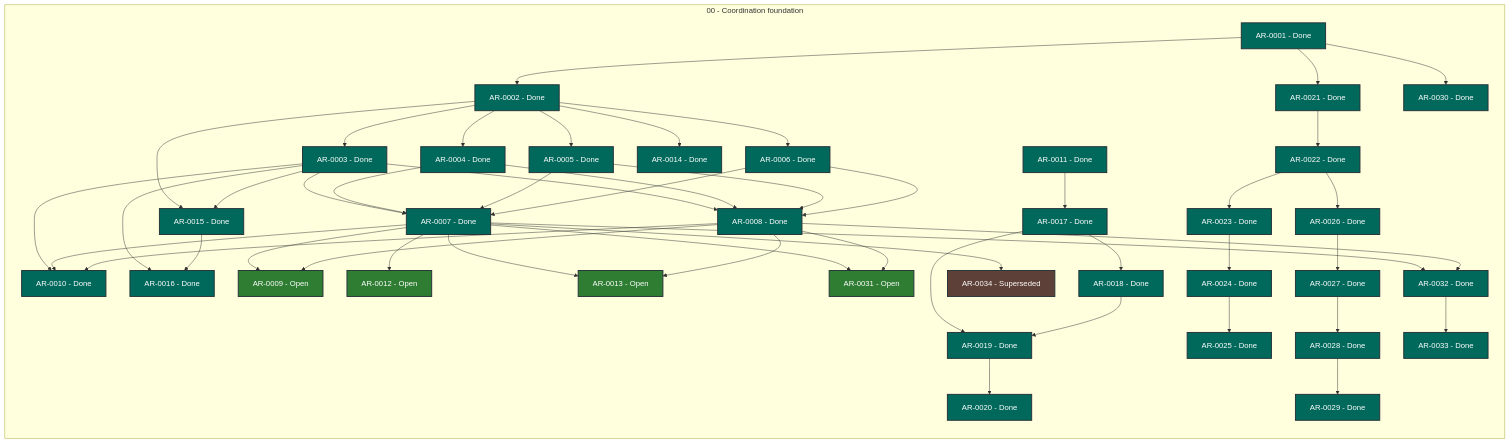
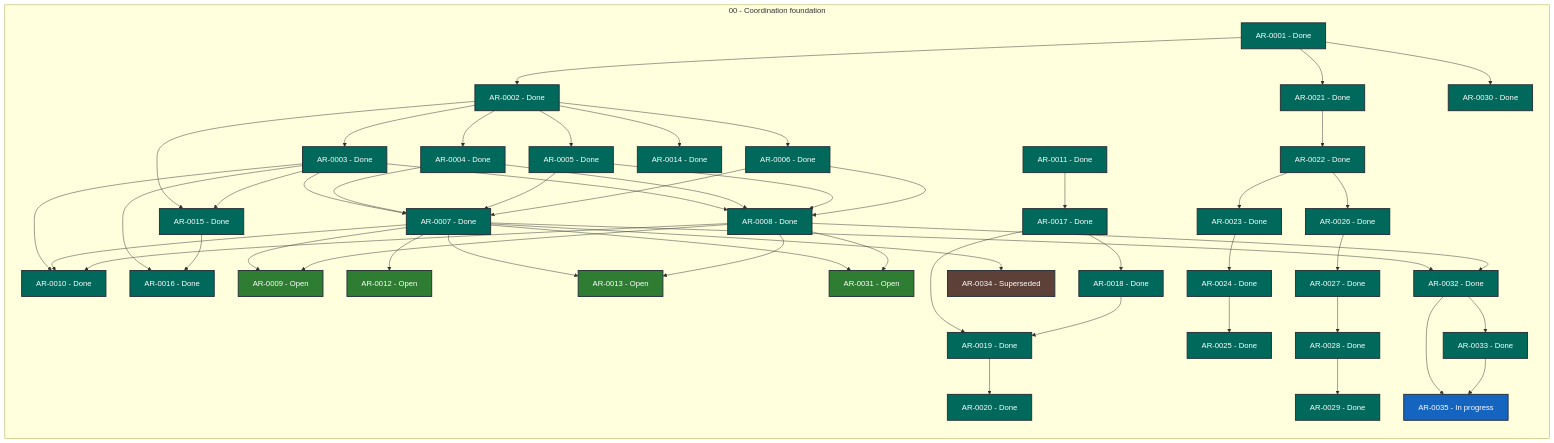
One commit to martin-beck/agent-workflow-coordinator-state changed the diagram in STATUS.md. Above: the diagram before and after it, drawn with Mermaid. The commit also changed other lines of this file and 2 other files, not shown here.

```diff
--- a/STATUS.md
+++ b/STATUS.md
@@ -62,6 +62,7 @@
         AR_0032["AR-0032 - Done"]:::status_done
         AR_0033["AR-0033 - Done"]:::status_done
         AR_0034["AR-0034 - Superseded"]:::status_superseded
+        AR_0035["AR-0035 - In progress"]:::status_in_progress
     end
     AR_0001 --> AR_0002
     AR_0001 --> AR_0021
@@ -110,6 +111,8 @@
     AR_0027 --> AR_0028
     AR_0028 --> AR_0029
     AR_0032 --> AR_0033
+    AR_0032 --> AR_0035
+    AR_0033 --> AR_0035
     classDef status_in_progress fill:#1565c0,color:#ffffff,stroke:#263238,stroke-width:2px
     classDef status_open fill:#2e7d32,color:#ffffff,stroke:#263238,stroke-width:2px
     classDef status_blocked fill:#c62828,color:#ffffff,stroke:#263238,stroke-width:2px
```
